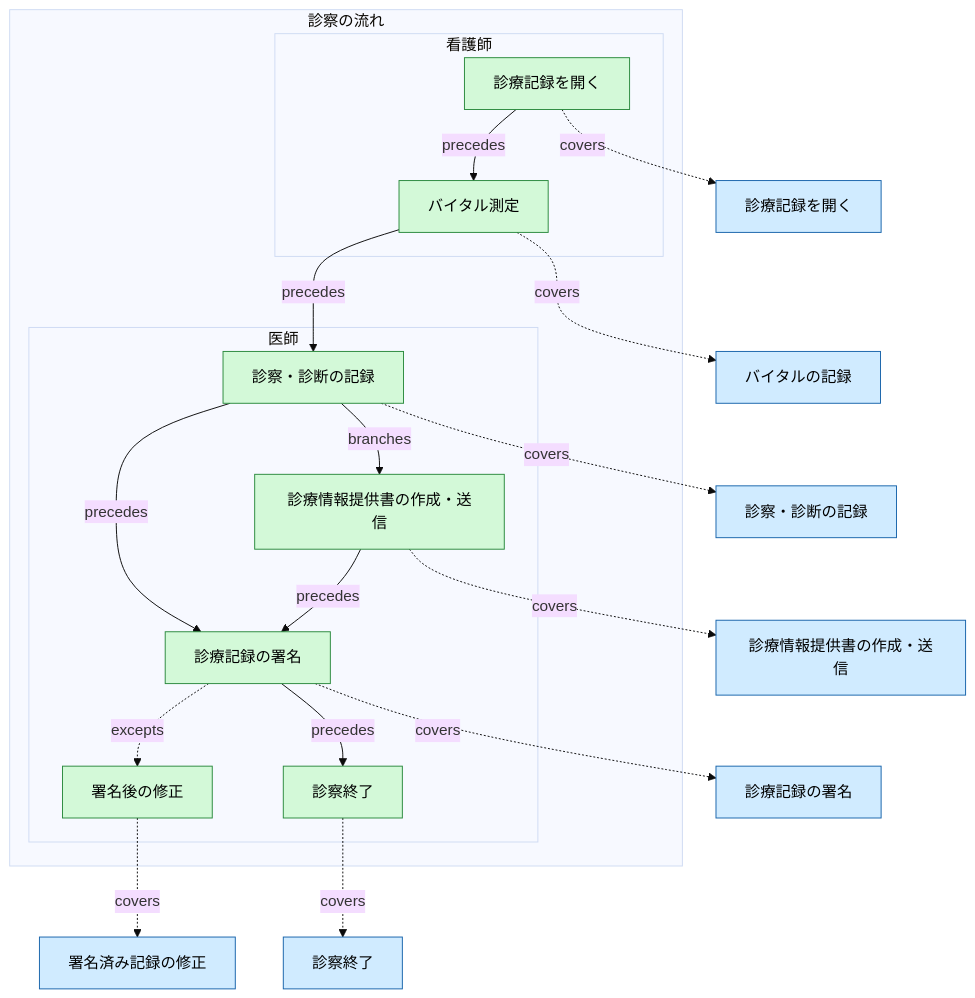
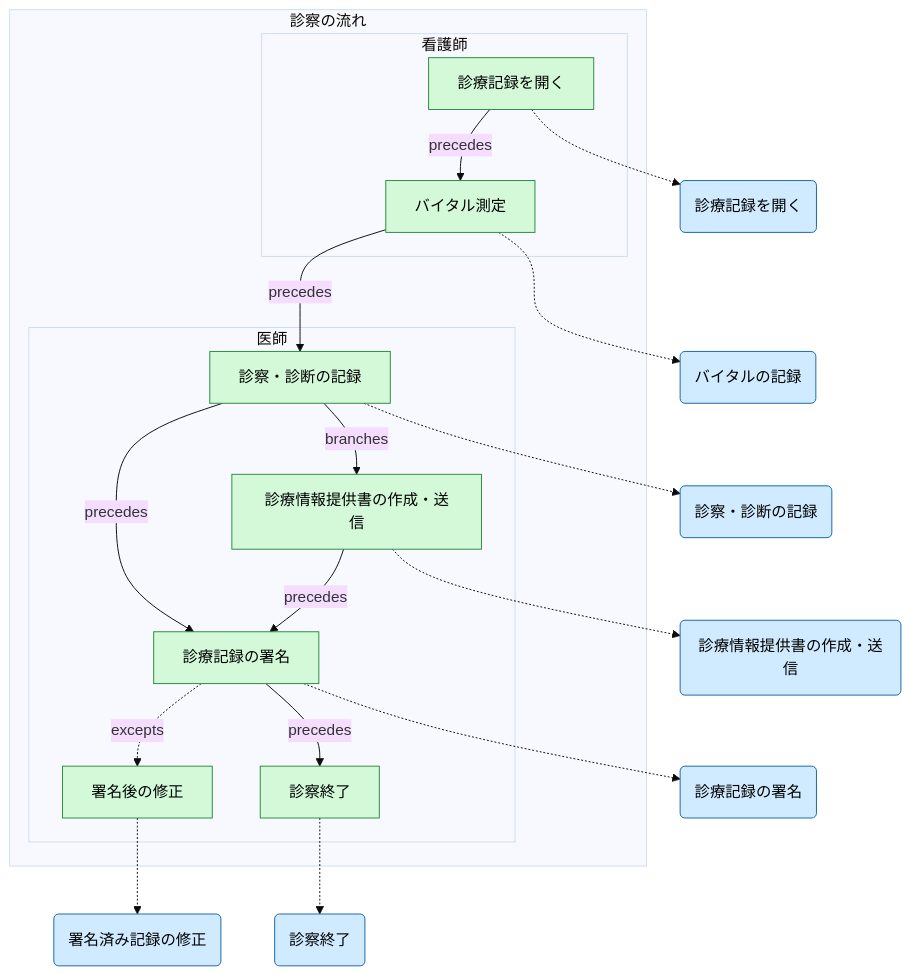
One commit to manji-0/rdra-ish-dsl changed the seventh of 12 diagrams in samples/clinic-ops/prd.md. Above: the diagram before and after it, drawn with Mermaid (base theme). The commit also changed other lines of this file and 95 other files, not shown here.

````diff
--- a/samples/clinic-ops/prd.md
+++ b/samples/clinic-ops/prd.md
@@ -562,53 +562,53 @@
 ```mermaid
 %% rdra-ish diagram=flow scope=buc:BucClinicalEncounter model=samples/clinic-ops
 %% kinds: flow step lane usecase
 %% omitted: buc
 flowchart TD
   subgraph flow__EncounterFlow["診察の流れ"]
     subgraph lane__EncounterFlow__Clinician["医師"]
       %% lane lane__EncounterFlow__Clinician: actor__Clinician
       step__AmendStep["署名後の修正"]:::step
       step__AssessmentStep["診察・診断の記録"]:::step
       step__CompleteStep["診察終了"]:::step
       step__ReferralOutStep["診療情報提供書の作成・送信"]:::step
       step__SignStep["診療記録の署名"]:::step
     end
     subgraph lane__EncounterFlow__Nurse["看護師"]
       %% lane lane__EncounterFlow__Nurse: actor__Nurse
       step__OpenStep["診療記録を開く"]:::step
       step__VitalsStep["バイタル測定"]:::step
     end
   end
-  usecase__AmendEncounter["署名済み記録の修正"]:::usecase
+  usecase__AmendEncounter("署名済み記録の修正"):::usecase
   %% desc usecase__AmendEncounter: 署名済み記録の修正。
-  usecase__CompleteConsultation["診察終了"]:::usecase
+  usecase__CompleteConsultation("診察終了"):::usecase
   %% desc usecase__CompleteConsultation: 診察終了で予約を計算待ちにし、部屋を清掃中にし、会計を起動する。
-  usecase__DocumentAssessment["診察・診断の記録"]:::usecase
+  usecase__DocumentAssessment("診察・診断の記録"):::usecase
   %% desc usecase__DocumentAssessment: 診断記録と記録状態。
-  usecase__IssueReferralLetter["診療情報提供書の作成・送信"]:::usecase
+  usecase__IssueReferralLetter("診療情報提供書の作成・送信"):::usecase
   %% desc usecase__IssueReferralLetter: 診療情報提供書の作成・送信。
-  usecase__OpenEncounter["診療記録を開く"]:::usecase
+  usecase__OpenEncounter("診療記録を開く"):::usecase
   %% desc usecase__OpenEncounter: 受付済の予約から診療記録を開く。
-  usecase__RecordVitals["バイタルの記録"]:::usecase
+  usecase__RecordVitals("バイタルの記録"):::usecase
   %% desc usecase__RecordVitals: バイタル記録。
-  usecase__SignEncounter["診療記録の署名"]:::usecase
+  usecase__SignEncounter("診療記録の署名"):::usecase
   %% desc usecase__SignEncounter: 署名でコスト情報登録とケアプラン作成を起動する。
-  step__AmendStep -.->|covers| usecase__AmendEncounter
+  step__AmendStep -.-> usecase__AmendEncounter
   step__AssessmentStep -->|branches| step__ReferralOutStep
-  step__AssessmentStep -.->|covers| usecase__DocumentAssessment
+  step__AssessmentStep -.-> usecase__DocumentAssessment
   step__AssessmentStep -->|precedes| step__SignStep
-  step__CompleteStep -.->|covers| usecase__CompleteConsultation
-  step__OpenStep -.->|covers| usecase__OpenEncounter
+  step__CompleteStep -.-> usecase__CompleteConsultation
+  step__OpenStep -.-> usecase__OpenEncounter
   step__OpenStep -->|precedes| step__VitalsStep
-  step__ReferralOutStep -.->|covers| usecase__IssueReferralLetter
+  step__ReferralOutStep -.-> usecase__IssueReferralLetter
   step__ReferralOutStep -->|precedes| step__SignStep
-  step__SignStep -.->|covers| usecase__SignEncounter
+  step__SignStep -.-> usecase__SignEncounter
   step__SignStep -.->|excepts| step__AmendStep
   step__SignStep -->|precedes| step__CompleteStep
-  step__VitalsStep -.->|covers| usecase__RecordVitals
+  step__VitalsStep -.-> usecase__RecordVitals
   step__VitalsStep -->|precedes| step__AssessmentStep
   classDef flow fill:#d3f9d8,stroke:#2b8a3e,color:#000;
   classDef step fill:#d3f9d8,stroke:#2b8a3e,color:#000;
   classDef lane fill:#d3f9d8,stroke:#2b8a3e,color:#000;
   classDef usecase fill:#d0ebff,stroke:#1864ab,color:#000;
 ```
````
